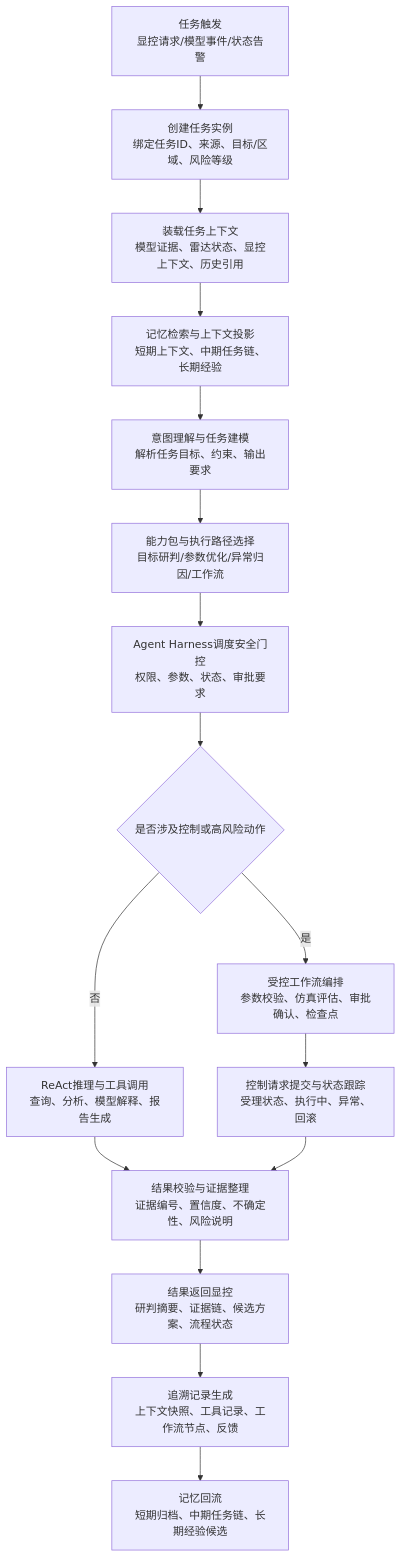
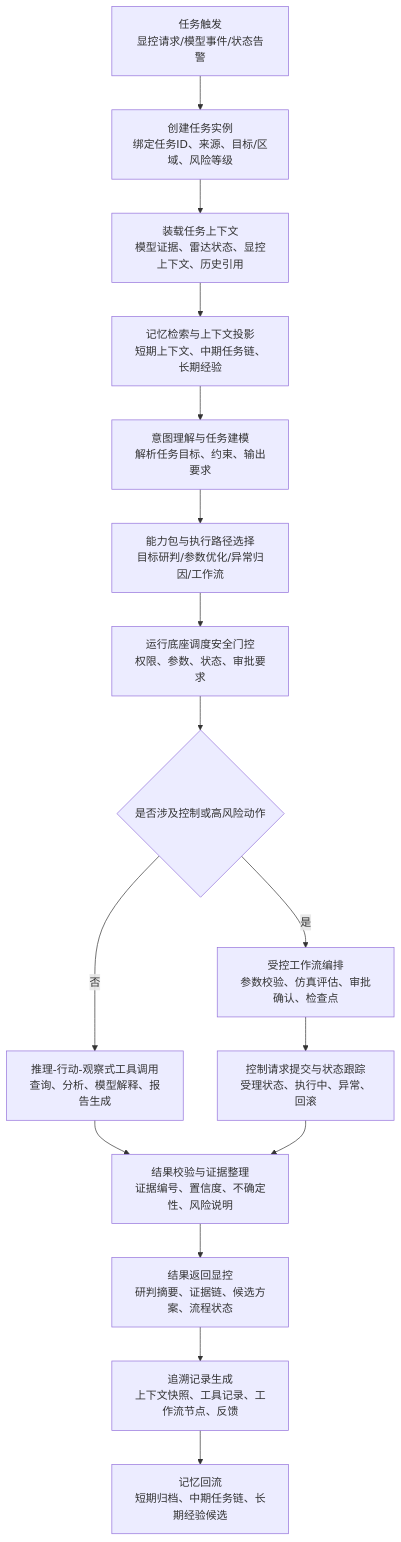
Before and after one commit to StormSeven1/obsidian-vault: the second of 7 diagrams in radar agent/4.3.3.2 LD智能体子系统技术方案.md, drawn with Mermaid. The commit also changed other lines of this file, not shown here.

````diff
--- a/radar agent/4.3.3.2 LD智能体子系统技术方案.md
+++ b/radar agent/4.3.3.2 LD智能体子系统技术方案.md
@@ -68,18 +68,18 @@
 ```mermaid
 flowchart TD
     A[任务触发<br/>显控请求/模型事件/状态告警] --> B[创建任务实例<br/>绑定任务ID、来源、目标/区域、风险等级]
     B --> C[装载任务上下文<br/>模型证据、雷达状态、显控上下文、历史引用]
     C --> D[记忆检索与上下文投影<br/>短期上下文、中期任务链、长期经验]
     D --> E[意图理解与任务建模<br/>解析任务目标、约束、输出要求]
     E --> F[能力包与执行路径选择<br/>目标研判/参数优化/异常归因/工作流]
-    F --> G[Agent Harness调度安全门控<br/>权限、参数、状态、审批要求]
+    F --> G[运行底座调度安全门控<br/>权限、参数、状态、审批要求]
     G --> R{是否涉及控制或高风险动作}
-    R -- 否 --> H[ReAct推理与工具调用<br/>查询、分析、模型解释、报告生成]
+    R -- 否 --> H[推理-行动-观察式工具调用<br/>查询、分析、模型解释、报告生成]
     R -- 是 --> I[受控工作流编排<br/>参数校验、仿真评估、审批确认、检查点]
     H --> J[结果校验与证据整理<br/>证据编号、置信度、不确定性、风险说明]
     I --> Q[控制请求提交与状态跟踪<br/>受理状态、执行中、异常、回滚]
     Q --> J
     J --> K[结果返回显控<br/>研判摘要、证据链、候选方案、流程状态]
     K --> L[追溯记录生成<br/>上下文快照、工具记录、工作流节点、反馈]
     L --> M[记忆回流<br/>短期归档、中期任务链、长期经验候选]
 ```
````
